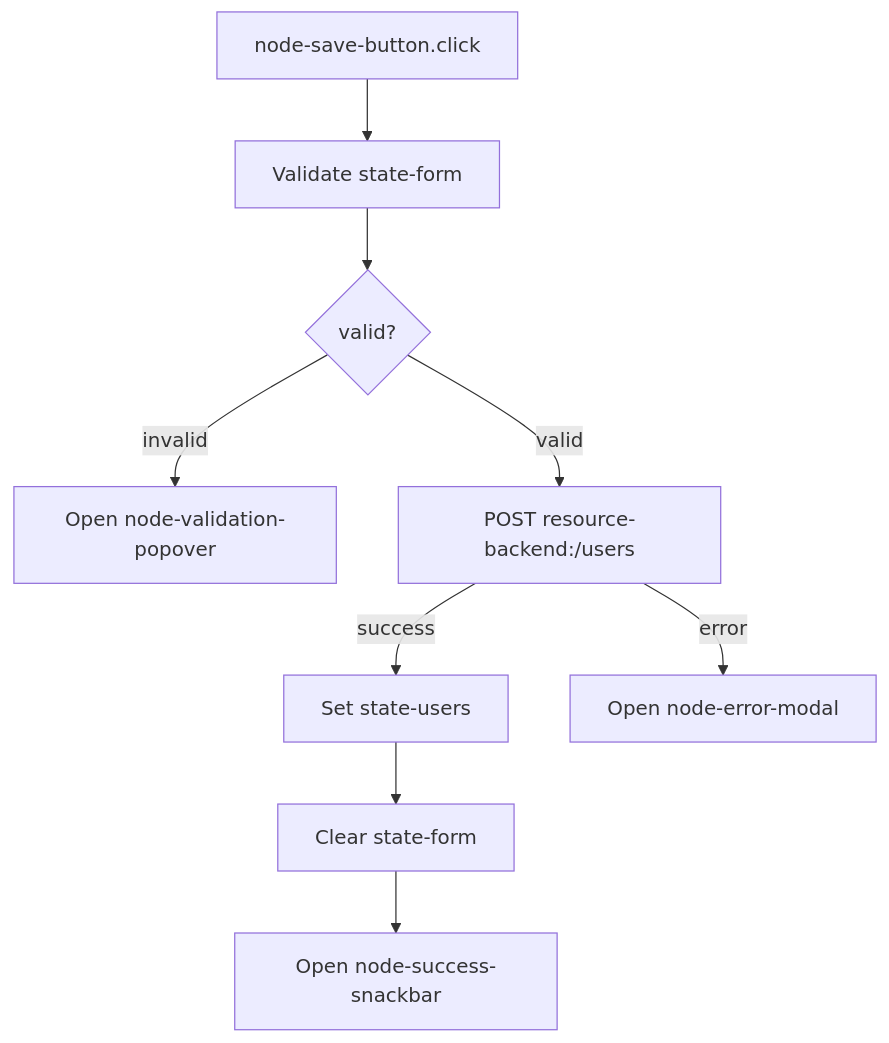
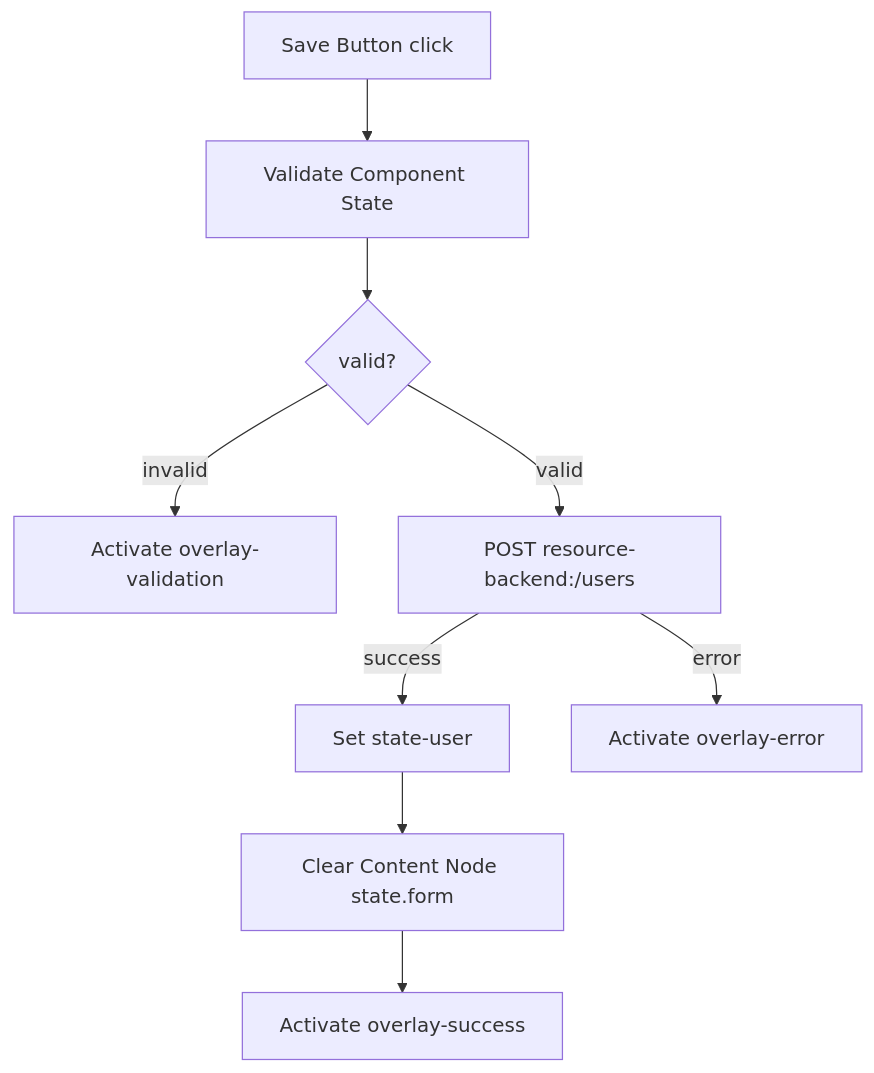
One commit to northwest-hcu/FlagShip changed the second of 6 diagrams in docs/architecture/10-examples-roadmap-and-decisions.md. Above: the diagram before and after it, drawn with Mermaid. The commit also changed other lines of this file and 11 other files, not shown here.

Commit message:
docs: align architecture with component ownership model

````diff
--- a/docs/architecture/10-examples-roadmap-and-decisions.md
+++ b/docs/architecture/10-examples-roadmap-and-decisions.md
@@ -70,11 +76,11 @@
 ```mermaid
 flowchart TD
-    Click["node-save-button.click"] --> Validate["Validate state-form"]
+    Click["Save Button click"] --> Validate["Validate Component State"]
     Validate --> Valid{"valid?"}
-    Valid -->|"invalid"| Popover["Open node-validation-popover"]
+    Valid -->|"invalid"| Validation["Activate overlay-validation"]
     Valid -->|"valid"| Request["POST resource-backend:/users"]
-    Request -->|"success"| SetUsers["Set state-users"]
-    SetUsers --> Clear["Clear state-form"]
-    Clear --> Snackbar["Open node-success-snackbar"]
-    Request -->|"error"| ErrorModal["Open node-error-modal"]
+    Request -->|"success"| SetUser["Set state-user"]
+    SetUser --> Clear["Clear Content Node state.form"]
+    Clear --> Success["Activate overlay-success"]
+    Request -->|"error"| Error["Activate overlay-error"]
 ```
````
